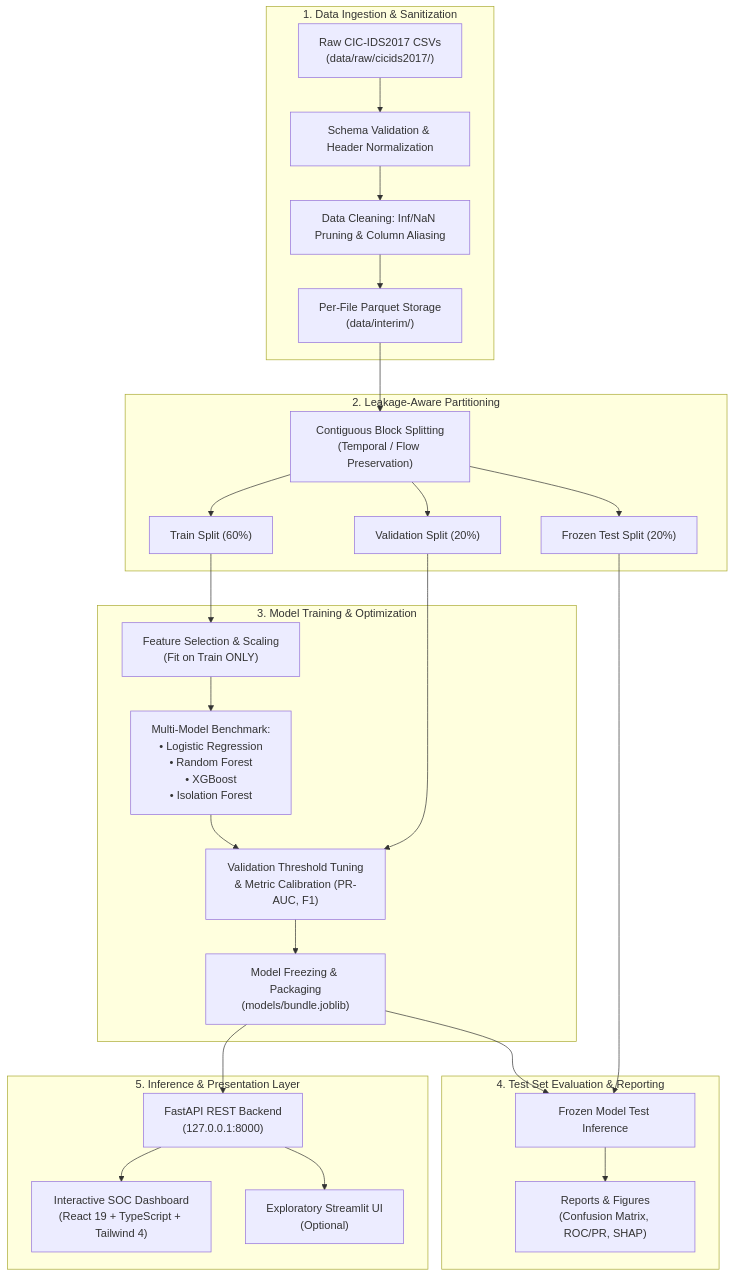
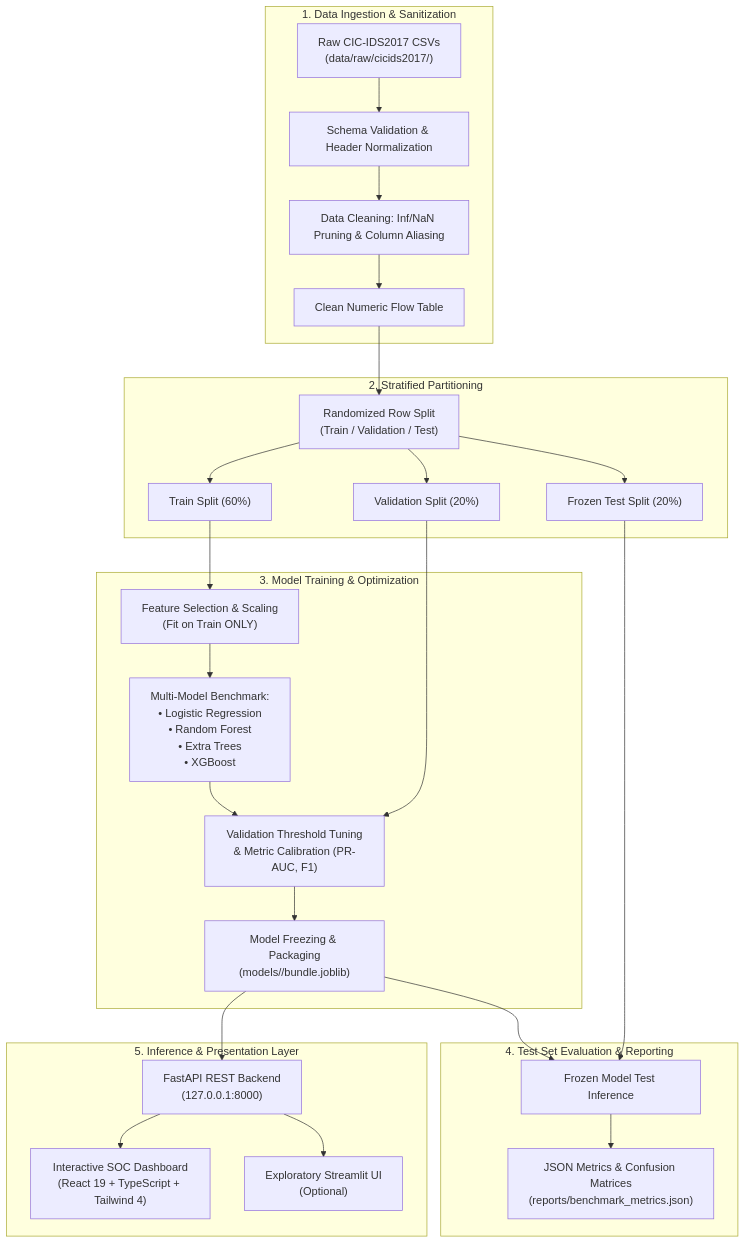
One commit to Ishaan2504/ML-Based-NIDS changed the diagram in README.md. Above: the diagram before and after it, drawn with Mermaid. The commit also changed other lines of this file and 24 other files, not shown here.

````diff
--- a/README.md
+++ b/README.md
@@ -51,35 +51,35 @@
 ```mermaid
 flowchart TD
     subgraph Data_Ingestion["1. Data Ingestion & Sanitization"]
         A["Raw CIC-IDS2017 CSVs\n(data/raw/cicids2017/)"] --> B["Schema Validation & Header Normalization"]
         B --> C["Data Cleaning: Inf/NaN Pruning & Column Aliasing"]
-        C --> D["Per-File Parquet Storage\n(data/interim/)"]
+        C --> D["Clean Numeric Flow Table"]
     end
 
-    subgraph Data_Splitting["2. Leakage-Aware Partitioning"]
-        D --> E["Contiguous Block Splitting\n(Temporal / Flow Preservation)"]
+    subgraph Data_Splitting["2. Stratified Partitioning"]
+        D --> E["Randomized Row Split\n(Train / Validation / Test)"]
         E --> F["Train Split (60%)"]
         E --> G["Validation Split (20%)"]
         E --> H["Frozen Test Split (20%)"]
     end
 
     subgraph Modeling["3. Model Training & Optimization"]
         F --> I["Feature Selection & Scaling\n(Fit on Train ONLY)"]
-        I --> J["Multi-Model Benchmark:\n• Logistic Regression\n• Random Forest\n• XGBoost\n• Isolation Forest"]
+        I --> J["Multi-Model Benchmark:\n• Logistic Regression\n• Random Forest\n• Extra Trees\n• XGBoost"]
         G --> K["Validation Threshold Tuning\n& Metric Calibration (PR-AUC, F1)"]
         J --> K
-        K --> L["Model Freezing & Packaging\n(models/bundle.joblib)"]
+        K --> L["Model Freezing & Packaging\n(models/<model-id>/bundle.joblib)"]
     end
 
     subgraph Evaluation["4. Test Set Evaluation & Reporting"]
         H --> M["Frozen Model Test Inference"]
         L --> M
-        M --> N["Reports & Figures\n(Confusion Matrix, ROC/PR, SHAP)"]
+        M --> N["JSON Metrics & Confusion Matrices\n(reports/benchmark_metrics.json)"]
     end
 
     subgraph Serving["5. Inference & Presentation Layer"]
         L --> O["FastAPI REST Backend\n(127.0.0.1:8000)"]
         O --> P["Interactive SOC Dashboard\n(React 19 + TypeScript + Tailwind 4)"]
         O --> Q["Exploratory Streamlit UI\n(Optional)"]
     end
 ```
````
